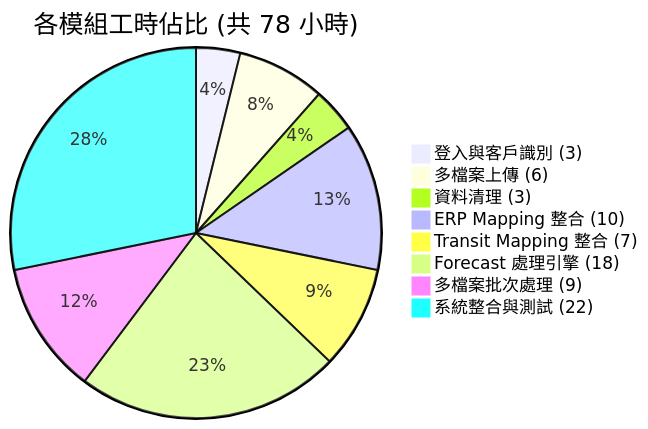
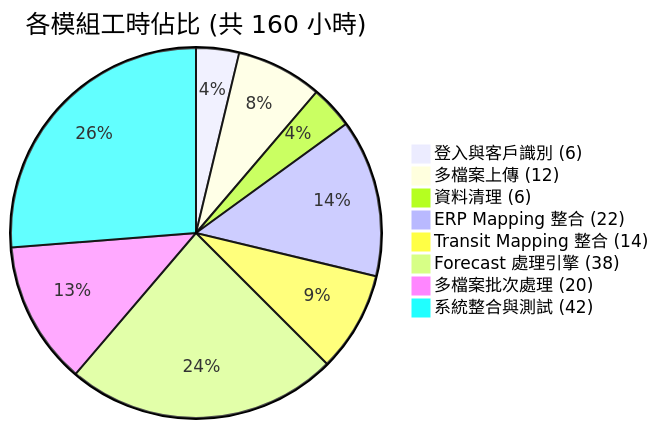
Before and after one commit to Aken-Teams/business_forecasting_cyntec: the first of 2 diagrams in docs/光寶/SP_光寶專案.md, drawn with Mermaid. The commit also changed other lines of this file and 2 other files, not shown here.

Commit message:
Use dynamic columns for Liteon Transit mapping
Replace hardcoded Transit column indices and ERP-derived location->type map with dynamic column lookups for Liteon transit processing. The code now finds 訂單型態, 送貨地點 and 倉庫 columns via find_column_by_name, validates presence (returns an error JSON if missing), and determines 客戶需求地區 by reading the order-type prefix (11 -> use 送貨地點, 32 -> use 倉庫). Added informative prints and simplified fallback behavior. Also updates compare/liteon/transit.xlsx (binary) and adjusts docs/SP_...md to reflect revised module effort estimates (total hours updated from 78 to 160).

````diff
--- a/docs/光寶/SP_光寶專案.md
+++ b/docs/光寶/SP_光寶專案.md
@@ -128,11 +128,11 @@
 ```mermaid
-pie title 各模組工時佔比 (共 78 小時)
-    "登入與客戶識別 (3)" : 3
-    "多檔案上傳 (6)" : 6
-    "資料清理 (3)" : 3
-    "ERP Mapping 整合 (10)" : 10
-    "Transit Mapping 整合 (7)" : 7
-    "Forecast 處理引擎 (18)" : 18
-    "多檔案批次處理 (9)" : 9
-    "系統整合與測試 (22)" : 22
+pie title 各模組工時佔比 (共 160 小時)
+    "登入與客戶識別 (6)" : 6
+    "多檔案上傳 (12)" : 12
+    "資料清理 (6)" : 6
+    "ERP Mapping 整合 (22)" : 22
+    "Transit Mapping 整合 (14)" : 14
+    "Forecast 處理引擎 (38)" : 38
+    "多檔案批次處理 (20)" : 20
+    "系統整合與測試 (42)" : 42
 ```
````
